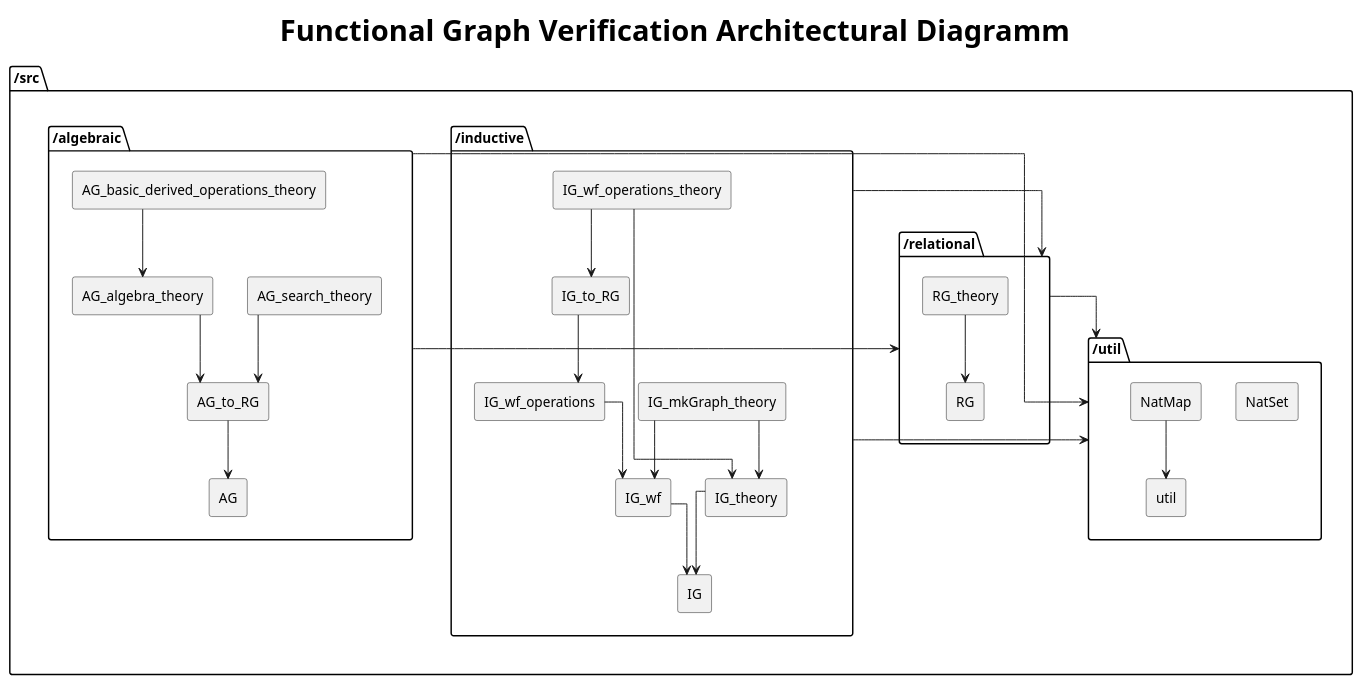
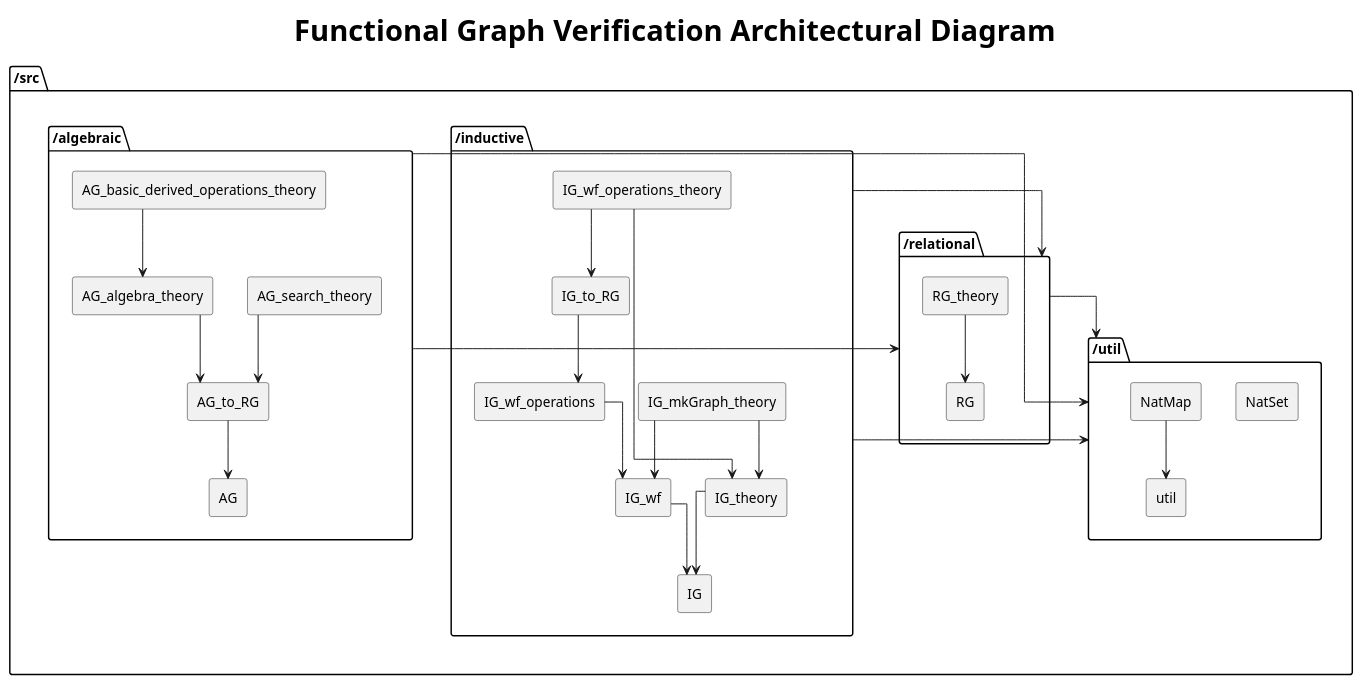
Before and after one commit to LonkyFong/functional-graph-verification: the diagram in documentation/architecture very simpl.puml, drawn with PlantUML. The commit also changed 2 other files, not shown here.

Commit message:
Fixed typo in architecture diagram(m)s

```diff
--- a/documentation/architecture very simpl.puml
+++ b/documentation/architecture very simpl.puml
@@ -1,96 +1,96 @@
 @startuml UI
 
-title <size:30><b>Functional Graph Verification Architectural Diagramm</b></size>
+title <size:30><b>Functional Graph Verification Architectural Diagram</b></size>
 
 top to bottom direction
 
 skinparam linetype ortho
 
 package "/src" {
 
     package "/relational" {
         rectangle RG
 
         rectangle RG_theory
     }
 
     package "/util" {
         rectangle util
 
         rectangle NatSet
 
         rectangle NatMap
     }
 
             together {
 
             package "/inductive" {
             rectangle IG
 
             rectangle IG_wf
 
             rectangle IG_wf_operations
 
             rectangle IG_to_RG
 
             rectangle IG_theory
 
             rectangle IG_mkGraph_theory
 
             rectangle IG_wf_operations_theory
 
         }
 
         package "/algebraic" {
 
             rectangle AG
 
             rectangle AG_to_RG
 
             rectangle AG_algebra_theory
 
             rectangle AG_search_theory
 
             rectangle AG_basic_derived_operations_theory
         }
     }
 }
 
 "/inductive" --> "/util"
 "/inductive" -d-> "/relational"
 "/algebraic" --> "/util"
 "/algebraic" -d-> "/relational"
 "/relational" -d-> "/util"
 
 NatMap --> util
 
 RG_theory --> RG
 
 IG_wf --> IG
 
 
 IG_wf_operations --> IG_wf
 
 IG_to_RG --> IG_wf_operations
 
 IG_theory --> IG
 
 
 IG_mkGraph_theory --> IG_wf
 IG_mkGraph_theory --> IG_theory
 
 
 
 IG_wf_operations_theory --> IG_theory
 IG_wf_operations_theory --> IG_to_RG
 
 AG_to_RG --> AG
 
 AG_algebra_theory --> AG_to_RG
 
 
 AG_search_theory --> AG_to_RG
 
 AG_basic_derived_operations_theory --> AG_algebra_theory
 
 @enduml
```
